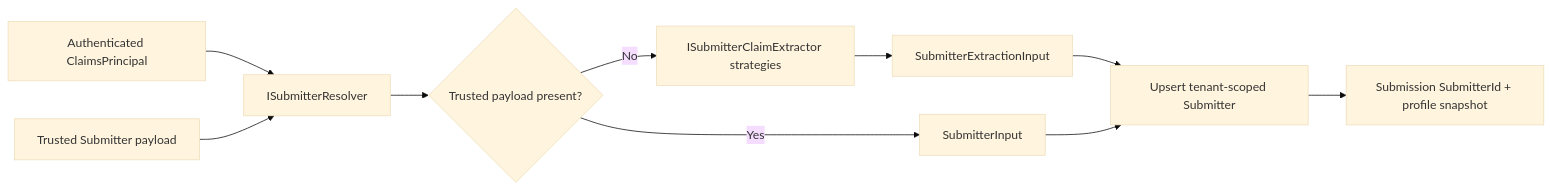
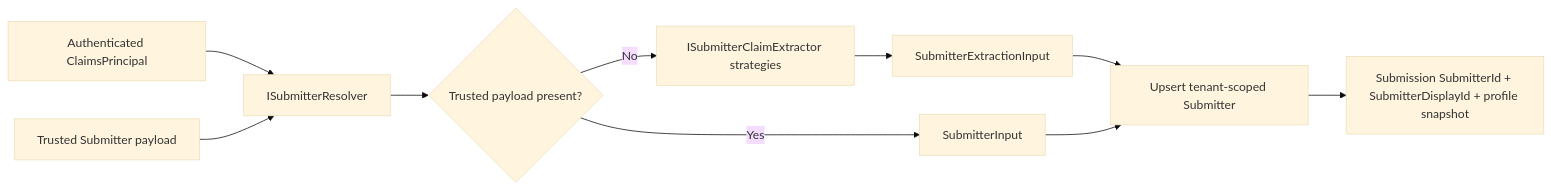
One commit to endatix/endatix changed the diagram in docs/endatix-docs/docs/guides/collecting-submitters-data.mdx. Above: the diagram before and after it, drawn with Mermaid (base theme). The commit also changed other lines of this file and 8 other files, not shown here.

````diff
--- a/docs/endatix-docs/docs/guides/collecting-submitters-data.mdx
+++ b/docs/endatix-docs/docs/guides/collecting-submitters-data.mdx
@@ -20,13 +20,13 @@
 ```mermaid
 flowchart LR
   principal["Authenticated ClaimsPrincipal"] --> resolver["ISubmitterResolver"]
   trustedPayload["Trusted Submitter payload"] --> resolver
   resolver --> source{"Trusted payload present?"}
   source -->|"No"| extractors["ISubmitterClaimExtractor strategies"]
   source -->|"Yes"| submitterInput["SubmitterInput"]
   extractors --> extractionInput["SubmitterExtractionInput"]
   extractionInput --> submitter["Upsert tenant-scoped Submitter"]
   submitterInput --> submitter
-  submitter --> submission["Submission SubmitterId + profile snapshot"]
+  submitter --> submission["Submission SubmitterId + SubmitterDisplayId + profile snapshot"]
 
 ```
````
